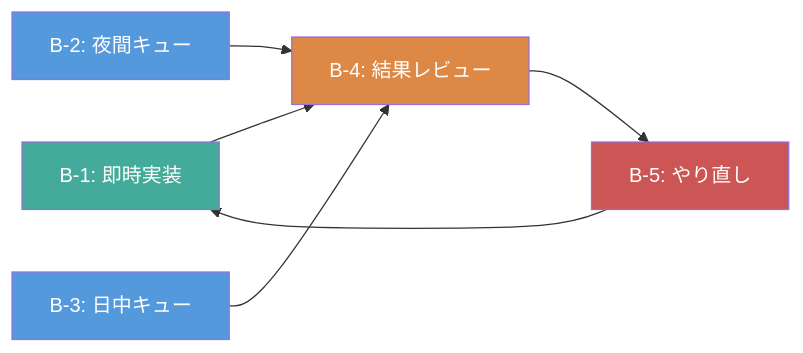
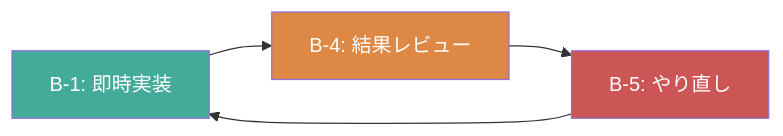
Before and after one commit to cdd-evangelist/CDD-Assistants: the fourth of 4 diagrams in docs/builder-usecases.md, drawn with Mermaid. The commit also changed other lines of this file and 1 other file, not shown here.

````diff
--- a/docs/builder-usecases.md
+++ b/docs/builder-usecases.md
@@ -240,14 +152,10 @@
 ```mermaid
 graph LR
     B1[B-1: 即時実装] --> B4[B-4: 結果レビュー]
-    B2[B-2: 夜間キュー] --> B4
-    B3[B-3: 日中キュー] --> B4
     B4 --> B5[B-5: やり直し]
     B5 --> B1
 
     style B1 fill:#4a9,color:#fff
-    style B2 fill:#59d,color:#fff
-    style B3 fill:#59d,color:#fff
     style B4 fill:#d84,color:#fff
     style B5 fill:#c55,color:#fff
 ```
````
